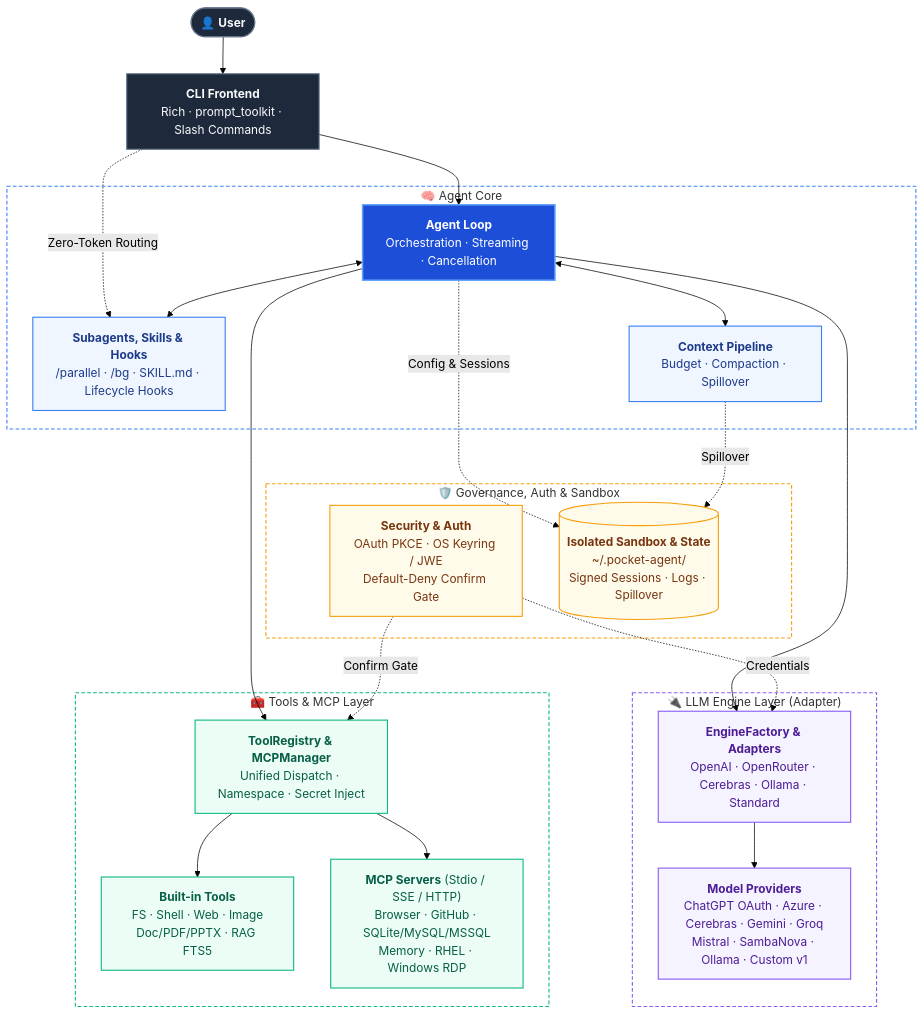
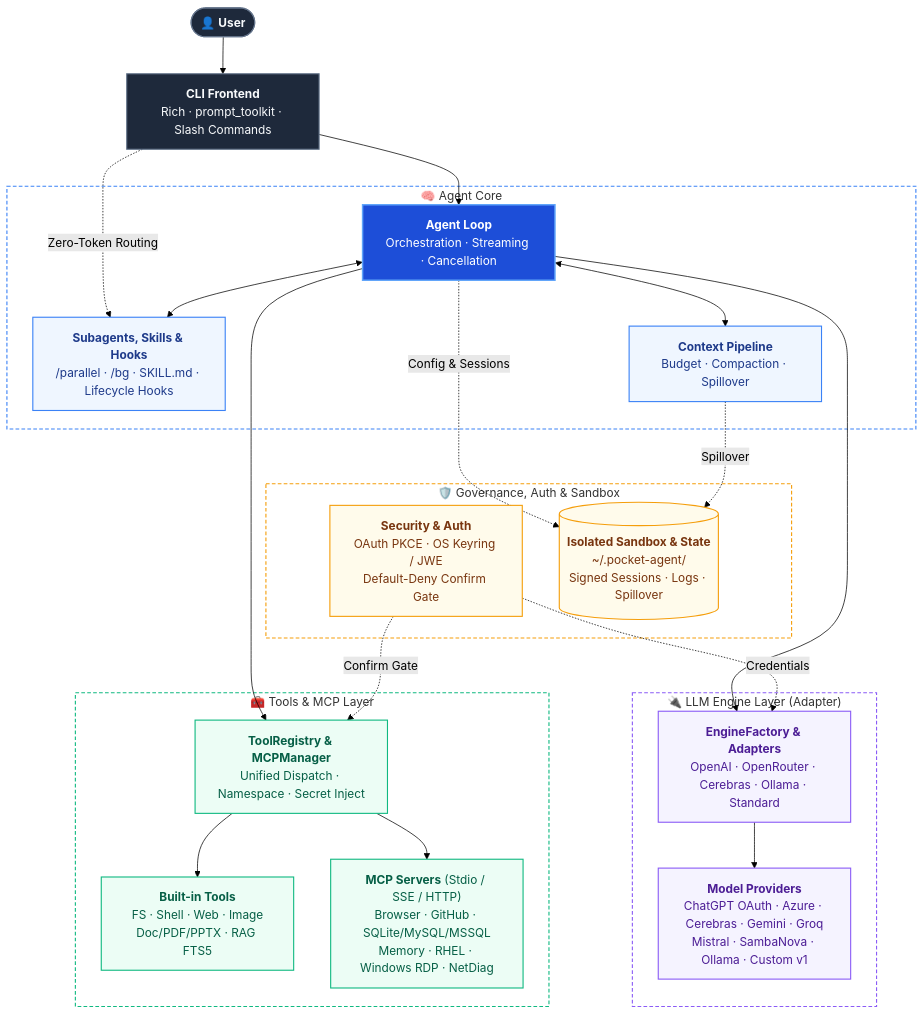
The diagram in README.md (zanta0529/pocket-agent), drawn with Mermaid (forest theme) before and after one commit. The commit also changed other lines of this file and 9 other files, not shown here.

````diff
--- a/README.md
+++ b/README.md
@@ -257,60 +191,60 @@
 ```mermaid
 flowchart TB
     User(["👤 <b>User</b>"]) --> CLI["<b>CLI Frontend</b><br/>Rich · prompt_toolkit · Slash Commands"]
 
     CLI --> Agent
     CLI -.->|"Zero-Token Routing"| Extensions
 
     subgraph Core["🧠 Agent Core"]
         Agent["<b>Agent Loop</b><br/>Orchestration · Streaming · Cancellation"]
         Context["<b>Context Pipeline</b><br/>Budget · Compaction · Spillover"]
         Extensions["<b>Subagents, Skills & Hooks</b><br/>/parallel · /bg · SKILL.md · Lifecycle Hooks"]
         Agent <--> Context
         Agent <--> Extensions
     end
 
     subgraph Engines["🔌 LLM Engine Layer (Adapter)"]
         EngineAdapters["<b>EngineFactory & Adapters</b><br/>OpenAI · OpenRouter · Cerebras · Ollama · Standard"]
         LLMProviders["<b>Model Providers</b><br/>ChatGPT OAuth · Azure · Cerebras · Gemini · Groq<br/>Mistral · SambaNova · Ollama · Custom v1"]
         EngineAdapters --> LLMProviders
     end
 
     subgraph Tools["🧰 Tools & MCP Layer"]
         ToolRegistry["<b>ToolRegistry & MCPManager</b><br/>Unified Dispatch · Namespace · Secret Inject"]
         BuiltinTools["<b>Built-in Tools</b><br/>FS · Shell · Web · Image<br/>Doc/PDF/PPTX · RAG FTS5"]
-        MCPServers["<b>MCP Servers</b> (Stdio / SSE / HTTP)<br/>Browser · GitHub · SQLite/MySQL/MSSQL<br/>Memory · RHEL · Windows RDP"]
+        MCPServers["<b>MCP Servers</b> (Stdio / SSE / HTTP)<br/>Browser · GitHub · SQLite/MySQL/MSSQL<br/>Memory · RHEL · Windows RDP · NetDiag"]
         ToolRegistry --> BuiltinTools
         ToolRegistry --> MCPServers
     end
 
     subgraph Infra["🛡️ Governance, Auth & Sandbox"]
         Security["<b>Security & Auth</b><br/>OAuth PKCE · OS Keyring / JWE<br/>Default-Deny Confirm Gate"]
         LocalState[("<b>Isolated Sandbox & State</b><br/>~/.pocket-agent/<br/>Signed Sessions · Logs · Spillover")]
     end
 
     Agent --> EngineAdapters
     Agent --> ToolRegistry
     Security -.->|"Credentials"| EngineAdapters
     Security -.->|"Confirm Gate"| ToolRegistry
     Agent -.->|"Config & Sessions"| LocalState
     Context -.->|"Spillover"| LocalState
 
     classDef entry fill:#1e293b,stroke:#64748b,stroke-width:1.5px,color:#f8fafc
     classDef hero fill:#1d4ed8,stroke:#60a5fa,stroke-width:2px,color:#ffffff
     classDef coreSub fill:#eff6ff,stroke:#3b82f6,stroke-width:1.5px,color:#1e3a8a
     classDef engine fill:#f5f3ff,stroke:#8b5cf6,stroke-width:1.5px,color:#4c1d95
     classDef tool fill:#ecfdf5,stroke:#10b981,stroke-width:1.5px,color:#065f46
     classDef infra fill:#fffbeb,stroke:#f59e0b,stroke-width:1.5px,color:#78350f
 
     class User,CLI entry
     class Agent hero
     class Context,Extensions coreSub
     class EngineAdapters,LLMProviders engine
     class ToolRegistry,BuiltinTools,MCPServers tool
     class Security,LocalState infra
 
     style Core fill:transparent,stroke:#3b82f6,stroke-width:1.5px,stroke-dasharray:5 3
     style Engines fill:transparent,stroke:#8b5cf6,stroke-width:1.5px,stroke-dasharray:5 3
     style Tools fill:transparent,stroke:#10b981,stroke-width:1.5px,stroke-dasharray:5 3
     style Infra fill:transparent,stroke:#f59e0b,stroke-width:1.5px,stroke-dasharray:5 3
 ```
````
